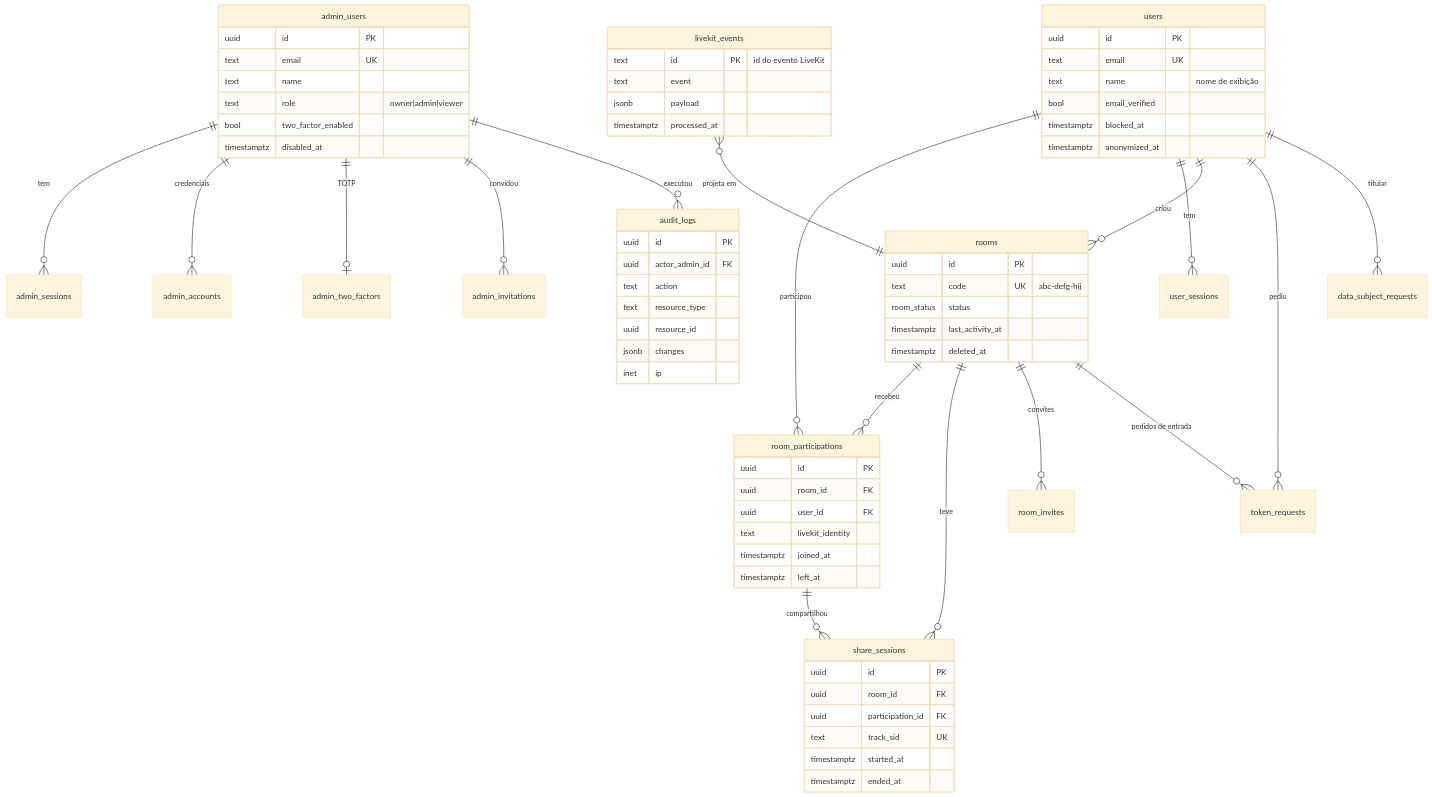
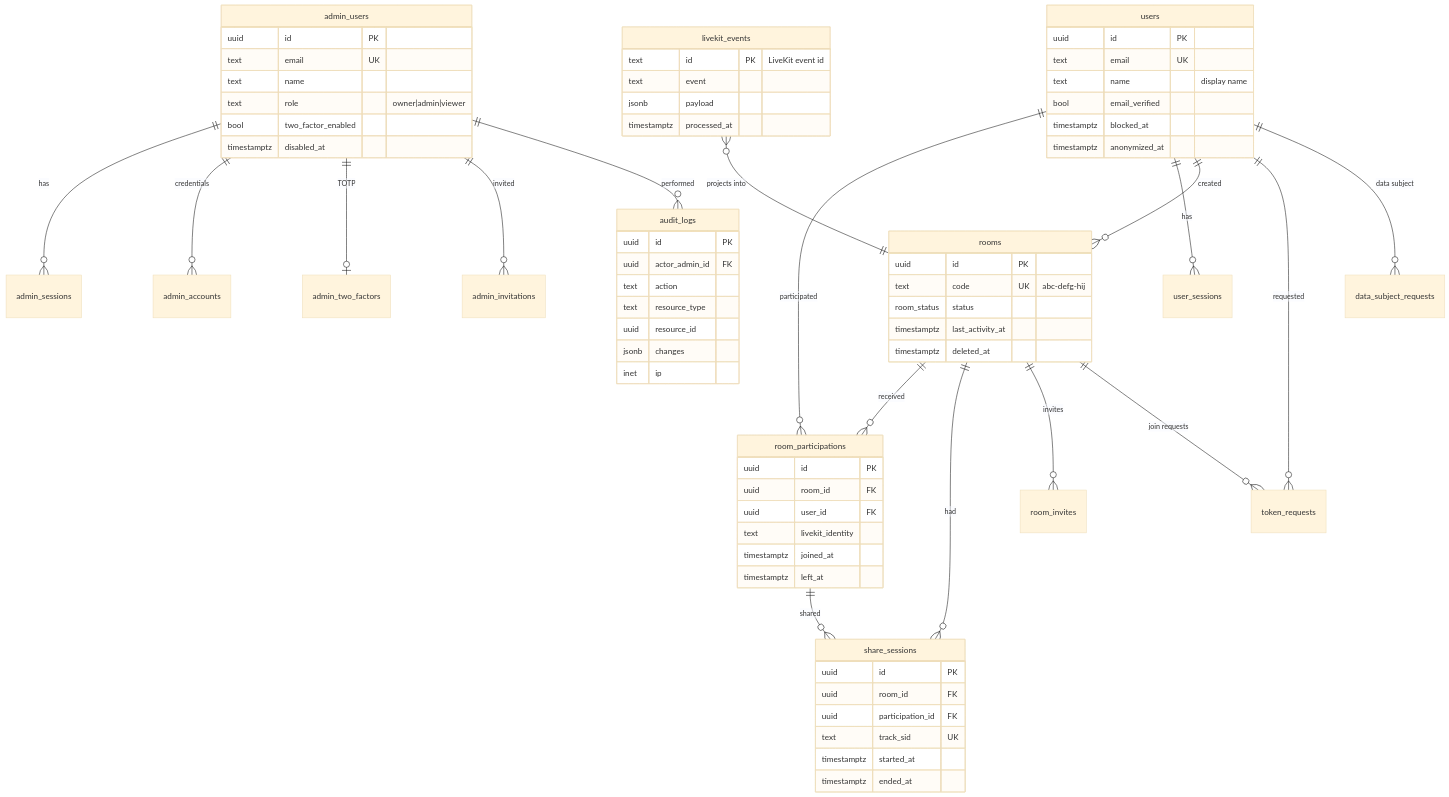
Before and after one commit to HanielCota/NelcotaScreenShare: the second of 3 diagrams in docs/archive/admin-plan.md, drawn with Mermaid (base theme). The commit also changed other lines of this file and 18 other files, not shown here.

````diff
--- a/docs/archive/admin-plan.md
+++ b/docs/archive/admin-plan.md
@@ -301,74 +301,74 @@
 ```mermaid
 erDiagram
-  admin_users ||--o{ admin_sessions : "tem"
-  admin_users ||--o{ admin_accounts : "credenciais"
+  admin_users ||--o{ admin_sessions : "has"
+  admin_users ||--o{ admin_accounts : "credentials"
   admin_users ||--o| admin_two_factors : "TOTP"
-  admin_users ||--o{ admin_invitations : "convidou"
-  admin_users ||--o{ audit_logs : "executou"
-  users ||--o{ room_participations : "participou"
-  users ||--o{ user_sessions : "tem"
-  users ||--o{ rooms : "criou"
-  rooms ||--o{ room_participations : "recebeu"
-  rooms ||--o{ share_sessions : "teve"
-  room_participations ||--o{ share_sessions : "compartilhou"
-  rooms ||--o{ room_invites : "convites"
-  rooms ||--o{ token_requests : "pedidos de entrada"
-  users ||--o{ token_requests : "pediu"
-  users ||--o{ data_subject_requests : "titular"
-  livekit_events }o--|| rooms : "projeta em"
+  admin_users ||--o{ admin_invitations : "invited"
+  admin_users ||--o{ audit_logs : "performed"
+  users ||--o{ room_participations : "participated"
+  users ||--o{ user_sessions : "has"
+  users ||--o{ rooms : "created"
+  rooms ||--o{ room_participations : "received"
+  rooms ||--o{ share_sessions : "had"
+  room_participations ||--o{ share_sessions : "shared"
+  rooms ||--o{ room_invites : "invites"
+  rooms ||--o{ token_requests : "join requests"
+  users ||--o{ token_requests : "requested"
+  users ||--o{ data_subject_requests : "data subject"
+  livekit_events }o--|| rooms : "projects into"
 
   admin_users {
     uuid id PK
     text email UK
     text name
     text role "owner|admin|viewer"
     bool two_factor_enabled
     timestamptz disabled_at
   }
   rooms {
     uuid id PK
     text code UK "abc-defg-hij"
     room_status status
     timestamptz last_activity_at
     timestamptz deleted_at
   }
   users {
     uuid id PK
     text email UK
-    text name "nome de exibição"
+    text name "display name"
     bool email_verified
     timestamptz blocked_at
     timestamptz anonymized_at
   }
   room_participations {
     uuid id PK
     uuid room_id FK
     uuid user_id FK
     text livekit_identity
     timestamptz joined_at
     timestamptz left_at
   }
   share_sessions {
     uuid id PK
     uuid room_id FK
     uuid participation_id FK
     text track_sid UK
     timestamptz started_at
     timestamptz ended_at
   }
   audit_logs {
     uuid id PK
     uuid actor_admin_id FK
     text action
     text resource_type
     uuid resource_id
     jsonb changes
     inet ip
   }
   livekit_events {
-    text id PK "id do evento LiveKit"
+    text id PK "LiveKit event id"
     text event
     jsonb payload
     timestamptz processed_at
   }
 ```
````
